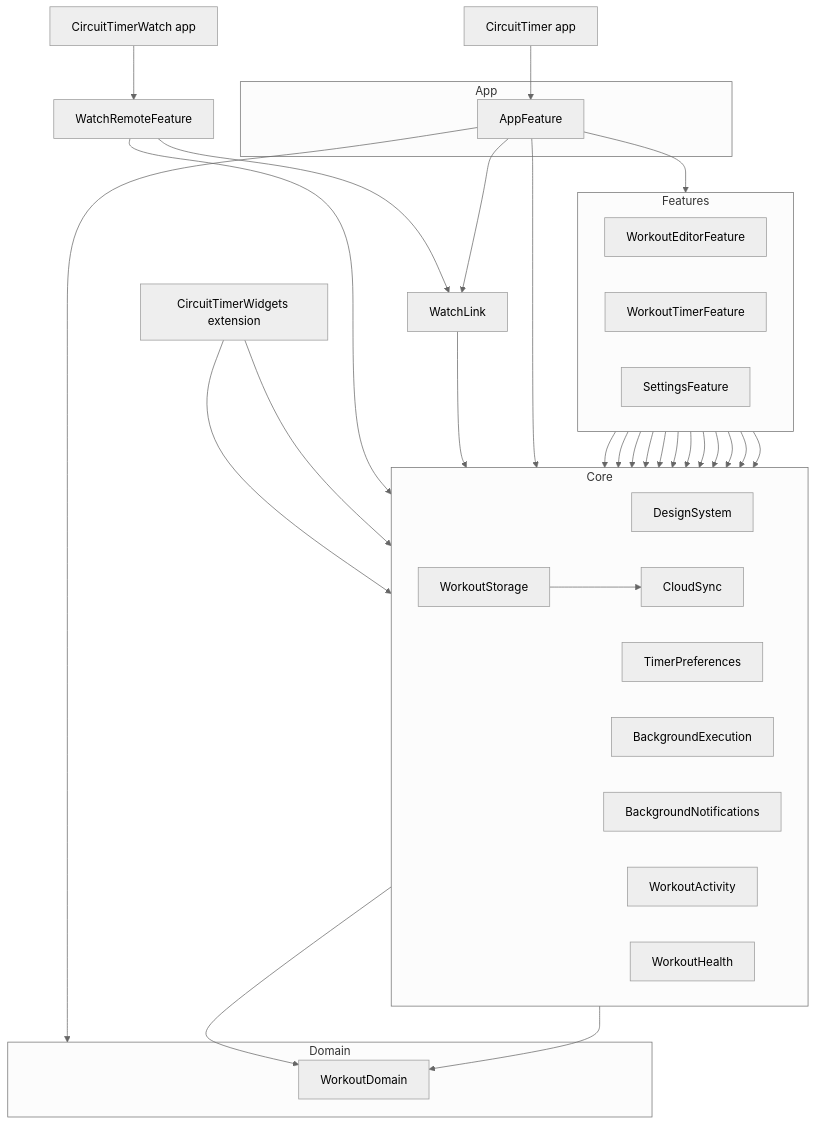
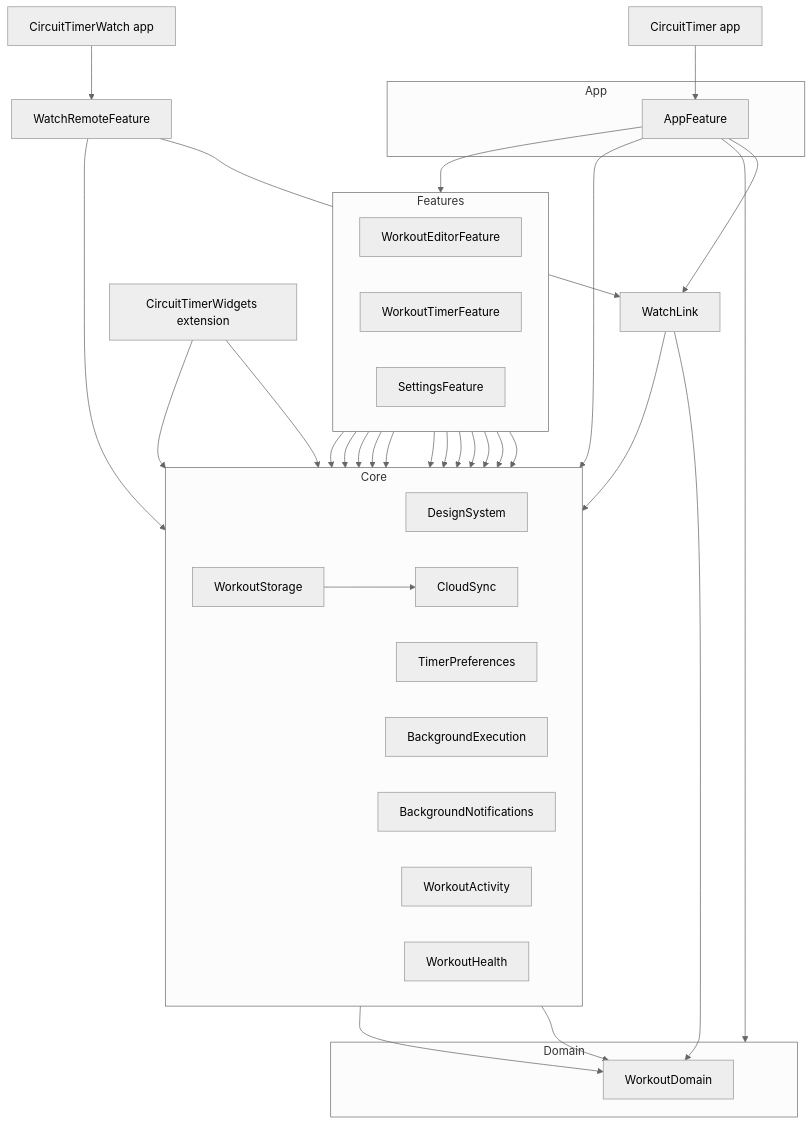
One commit to akrementsov/CircuitTimer changed the diagram in README.md. Above: the diagram before and after it, drawn with Mermaid (neutral theme). The commit also changed 19 other files, not shown here.

Commit message:
CT-9-2: Fix the review findings on the watch link

````diff
--- a/README.md
+++ b/README.md
@@ -98,59 +98,60 @@
 ```mermaid
 flowchart TD
     Shell["CircuitTimer app"] --> AppFeature
 
     subgraph AppLayer["App"]
         AppFeature
     end
 
     subgraph Features
         direction LR
         WorkoutEditorFeature
         WorkoutTimerFeature
         SettingsFeature
     end
 
     subgraph Core
         direction LR
         DesignSystem
         WorkoutStorage
         TimerPreferences
         BackgroundExecution
         BackgroundNotifications
         WorkoutActivity
         WorkoutHealth
         CloudSync
     end
 
     subgraph Domain
         WorkoutDomain
     end
 
     AppFeature --> Features
     AppFeature --> Core
     AppFeature --> Domain
     WorkoutEditorFeature --> DesignSystem
     WorkoutEditorFeature --> WorkoutStorage
     WorkoutTimerFeature --> DesignSystem
     WorkoutTimerFeature --> WorkoutStorage
     WorkoutTimerFeature --> TimerPreferences
     WorkoutTimerFeature --> BackgroundExecution
     SettingsFeature --> DesignSystem
     SettingsFeature --> TimerPreferences
     SettingsFeature --> CloudSync
     WorkoutTimerFeature --> BackgroundNotifications
     WorkoutTimerFeature --> WorkoutActivity
     WorkoutTimerFeature --> WorkoutHealth
     WorkoutStorage --> WorkoutDomain
     WorkoutStorage --> CloudSync
     WorkoutActivity --> WorkoutDomain
 
     Widgets["CircuitTimerWidgets extension"] --> WorkoutActivity
     Widgets --> DesignSystem
 
     Watch["CircuitTimerWatch app"] --> WatchRemoteFeature
     WatchRemoteFeature --> DesignSystem
     WatchRemoteFeature --> WatchLink
     AppFeature --> WatchLink
     WatchLink --> WorkoutActivity
+    WatchLink --> WorkoutDomain
 ```
````
